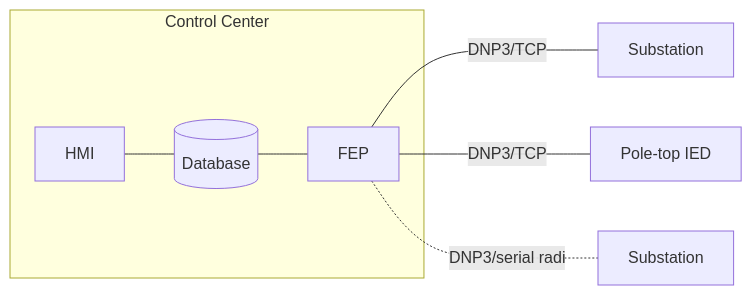
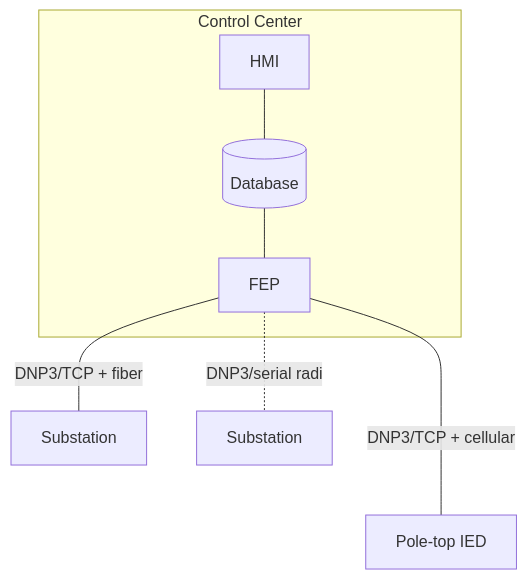
One commit to stepfunc/dnp3 changed the third of 4 diagrams in guide/docs/about/dnp3.mdx. Above: the diagram before and after it, drawn with Mermaid. The commit also changed 5 other files, not shown here.

````diff
--- a/guide/docs/about/dnp3.mdx
+++ b/guide/docs/about/dnp3.mdx
@@ -72,11 +72,11 @@
 ```mermaid
-graph LR
+graph TD
 subgraph Control Center
 A[HMI] --- B[(Database)]
 B --- C[FEP]
 end
 
-C --DNP3/TCP --- D[Substation]
-C --DNP3/TCP --- E[Pole-top IED]
+C --DNP3/TCP + fiber --- D[Substation]
+C --DNP3/TCP + cellular ---- E[Pole-top IED]
 C -.DNP3/serial radio.- F[Substation]
 ```
````
